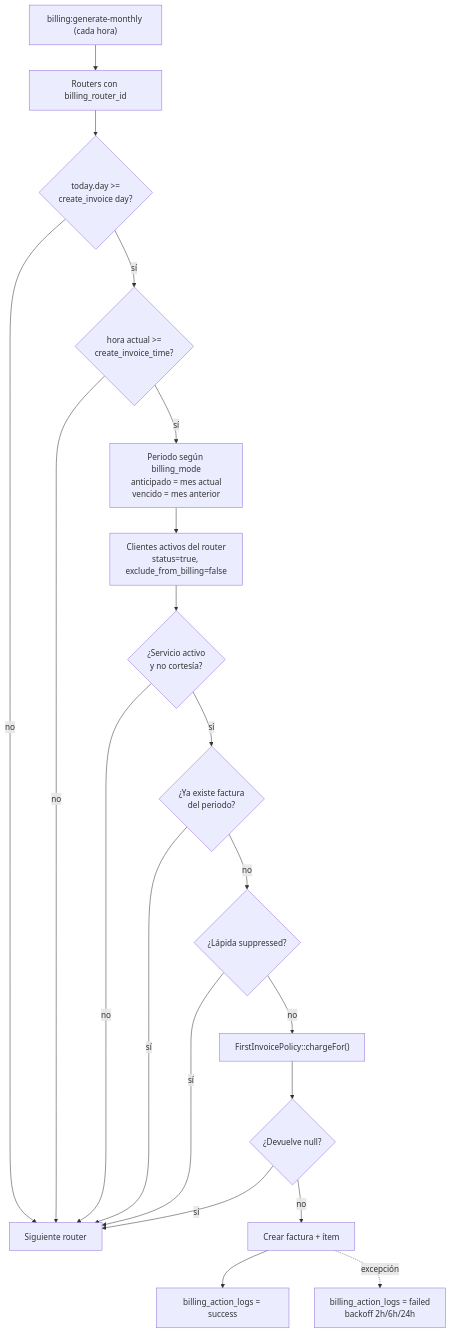
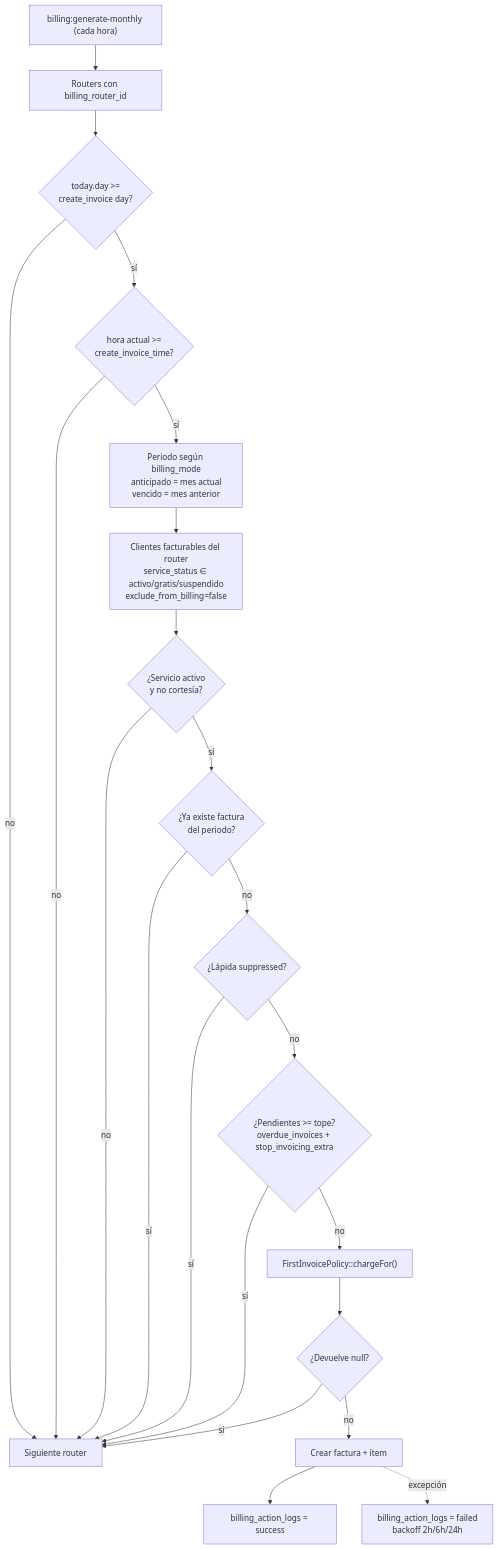
One commit to ispwatchcol/ISPWatch changed the third of 7 diagrams in docs/BITACORA_TECNICA.md. Above: the diagram before and after it, drawn with Mermaid. The commit also changed other lines of this file and 24 other files, not shown here.

First line of the commit message:
feat(billing): implement stop invoicing threshold for overdue customers

````diff
--- a/docs/BITACORA_TECNICA.md
+++ b/docs/BITACORA_TECNICA.md
@@ -454,22 +454,24 @@
 ```mermaid
 flowchart TD
     A["billing:generate-monthly (cada hora)"] --> B["Routers con billing_router_id"]
     B --> C{"today.day >=<br/>create_invoice day?"}
     C -- no --> Z["Siguiente router"]
     C -- sí --> D{"hora actual >=<br/>create_invoice_time?"}
     D -- no --> Z
     D -- sí --> E["Periodo según billing_mode<br/>anticipado = mes actual<br/>vencido = mes anterior"]
-    E --> F["Clientes activos del router<br/>status=true, exclude_from_billing=false"]
+    E --> F["Clientes facturables del router<br/>service_status ∈ activo/gratis/suspendido<br/>exclude_from_billing=false"]
     F --> G{"¿Servicio activo<br/>y no cortesía?"}
     G -- no --> Z
     G -- sí --> H{"¿Ya existe factura<br/>del periodo?"}
     H -- sí --> Z
     H -- no --> I{"¿Lápida suppressed?"}
     I -- sí --> Z
-    I -- no --> J["FirstInvoicePolicy::chargeFor()"]
+    I -- no --> T{"¿Pendientes >= tope?<br/>overdue_invoices + stop_invoicing_extra"}
+    T -- sí --> Z
+    T -- no --> J["FirstInvoicePolicy::chargeFor()"]
     J --> K{"¿Devuelve null?"}
     K -- sí --> Z
     K -- no --> L["Crear factura + ítem"]
     L --> M["billing_action_logs = success"]
     L -.->|excepción| N["billing_action_logs = failed<br/>backoff 2h/6h/24h"]
 ```
````
